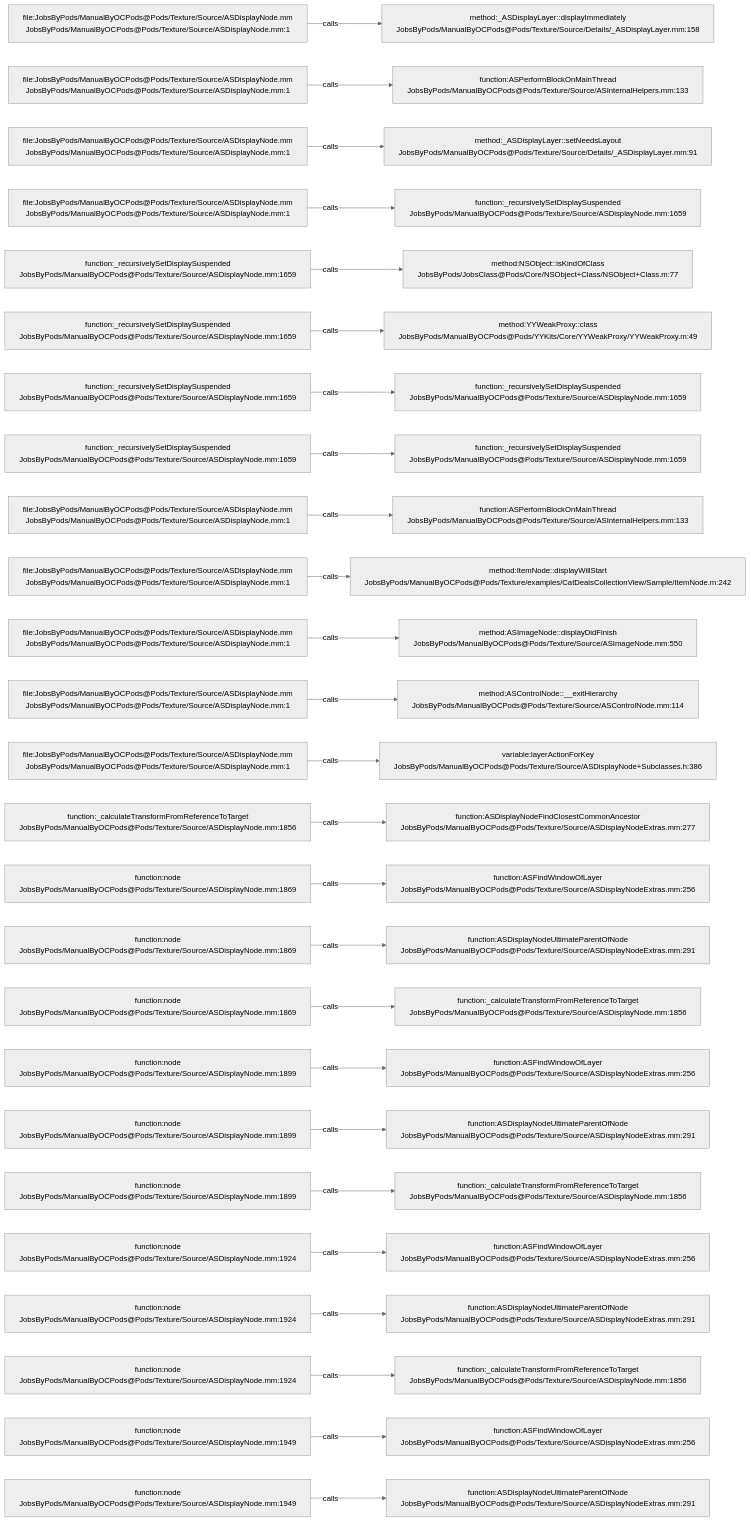
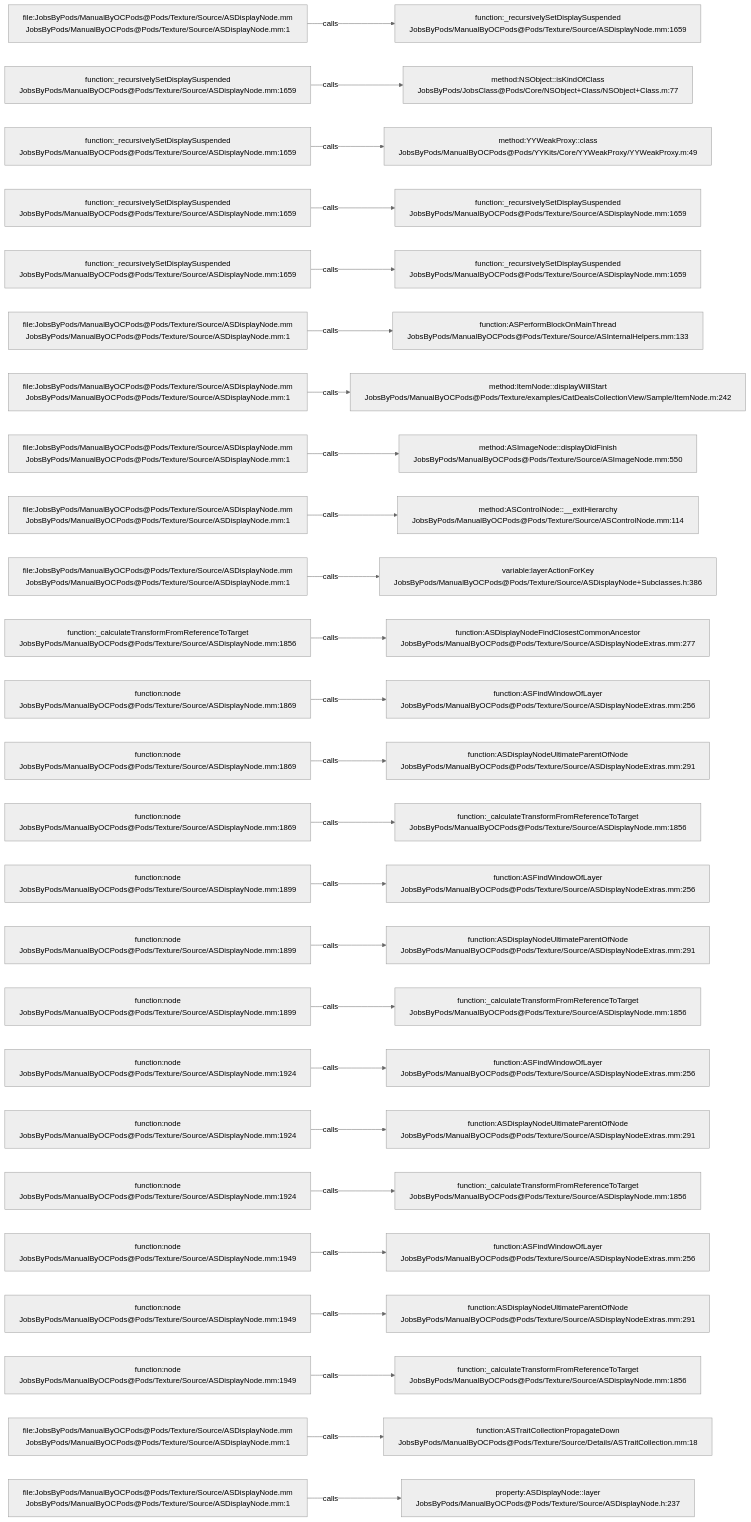
The diagram in .codegraph/codegraph.md/graphs/calls-102.md (JobsKits/JobsOCBaseConfigDemo), drawn with Mermaid (neutral theme) before and after one commit. The commit also changed 342 other files, not shown here.

````diff
--- a/.codegraph/codegraph.md/graphs/calls-102.md
+++ b/.codegraph/codegraph.md/graphs/calls-102.md
@@ -13,78 +13,78 @@
 ```mermaid
 flowchart LR
   S1["file:JobsByPods/ManualByOCPods@Pods/Texture/Source/ASDisplayNode.mm<br/>JobsByPods/ManualByOCPods@Pods/Texture/Source/ASDisplayNode.mm:1"]
-  T1["method:_ASDisplayLayer::displayImmediately<br/>JobsByPods/ManualByOCPods@Pods/Texture/Source/Details/_ASDisplayLayer.mm:158"]
+  T1["function:_recursivelySetDisplaySuspended<br/>JobsByPods/ManualByOCPods@Pods/Texture/Source/ASDisplayNode.mm:1659"]
   S1 -->|calls| T1
-  S2["file:JobsByPods/ManualByOCPods@Pods/Texture/Source/ASDisplayNode.mm<br/>JobsByPods/ManualByOCPods@Pods/Texture/Source/ASDisplayNode.mm:1"]
-  T2["function:ASPerformBlockOnMainThread<br/>JobsByPods/ManualByOCPods@Pods/Texture/Source/ASInternalHelpers.mm:133"]
+  S2["function:_recursivelySetDisplaySuspended<br/>JobsByPods/ManualByOCPods@Pods/Texture/Source/ASDisplayNode.mm:1659"]
+  T2["method:NSObject::isKindOfClass<br/>JobsByPods/JobsClass@Pods/Core/NSObject+Class/NSObject+Class.m:77"]
   S2 -->|calls| T2
-  S3["file:JobsByPods/ManualByOCPods@Pods/Texture/Source/ASDisplayNode.mm<br/>JobsByPods/ManualByOCPods@Pods/Texture/Source/ASDisplayNode.mm:1"]
-  T3["method:_ASDisplayLayer::setNeedsLayout<br/>JobsByPods/ManualByOCPods@Pods/Texture/Source/Details/_ASDisplayLayer.mm:91"]
+  S3["function:_recursivelySetDisplaySuspended<br/>JobsByPods/ManualByOCPods@Pods/Texture/Source/ASDisplayNode.mm:1659"]
+  T3["method:YYWeakProxy::class<br/>JobsByPods/ManualByOCPods@Pods/YYKits/Core/YYWeakProxy/YYWeakProxy.m:49"]
   S3 -->|calls| T3
-  S4["file:JobsByPods/ManualByOCPods@Pods/Texture/Source/ASDisplayNode.mm<br/>JobsByPods/ManualByOCPods@Pods/Texture/Source/ASDisplayNode.mm:1"]
+  S4["function:_recursivelySetDisplaySuspended<br/>JobsByPods/ManualByOCPods@Pods/Texture/Source/ASDisplayNode.mm:1659"]
   T4["function:_recursivelySetDisplaySuspended<br/>JobsByPods/ManualByOCPods@Pods/Texture/Source/ASDisplayNode.mm:1659"]
   S4 -->|calls| T4
   S5["function:_recursivelySetDisplaySuspended<br/>JobsByPods/ManualByOCPods@Pods/Texture/Source/ASDisplayNode.mm:1659"]
-  T5["method:NSObject::isKindOfClass<br/>JobsByPods/JobsClass@Pods/Core/NSObject+Class/NSObject+Class.m:77"]
+  T5["function:_recursivelySetDisplaySuspended<br/>JobsByPods/ManualByOCPods@Pods/Texture/Source/ASDisplayNode.mm:1659"]
   S5 -->|calls| T5
-  S6["function:_recursivelySetDisplaySuspended<br/>JobsByPods/ManualByOCPods@Pods/Texture/Source/ASDisplayNode.mm:1659"]
-  T6["method:YYWeakProxy::class<br/>JobsByPods/ManualByOCPods@Pods/YYKits/Core/YYWeakProxy/YYWeakProxy.m:49"]
+  S6["file:JobsByPods/ManualByOCPods@Pods/Texture/Source/ASDisplayNode.mm<br/>JobsByPods/ManualByOCPods@Pods/Texture/Source/ASDisplayNode.mm:1"]
+  T6["function:ASPerformBlockOnMainThread<br/>JobsByPods/ManualByOCPods@Pods/Texture/Source/ASInternalHelpers.mm:133"]
   S6 -->|calls| T6
-  S7["function:_recursivelySetDisplaySuspended<br/>JobsByPods/ManualByOCPods@Pods/Texture/Source/ASDisplayNode.mm:1659"]
-  T7["function:_recursivelySetDisplaySuspended<br/>JobsByPods/ManualByOCPods@Pods/Texture/Source/ASDisplayNode.mm:1659"]
+  S7["file:JobsByPods/ManualByOCPods@Pods/Texture/Source/ASDisplayNode.mm<br/>JobsByPods/ManualByOCPods@Pods/Texture/Source/ASDisplayNode.mm:1"]
+  T7["method:ItemNode::displayWillStart<br/>JobsByPods/ManualByOCPods@Pods/Texture/examples/CatDealsCollectionView/Sample/ItemNode.m:242"]
   S7 -->|calls| T7
-  S8["function:_recursivelySetDisplaySuspended<br/>JobsByPods/ManualByOCPods@Pods/Texture/Source/ASDisplayNode.mm:1659"]
-  T8["function:_recursivelySetDisplaySuspended<br/>JobsByPods/ManualByOCPods@Pods/Texture/Source/ASDisplayNode.mm:1659"]
+  S8["file:JobsByPods/ManualByOCPods@Pods/Texture/Source/ASDisplayNode.mm<br/>JobsByPods/ManualByOCPods@Pods/Texture/Source/ASDisplayNode.mm:1"]
+  T8["method:ASImageNode::displayDidFinish<br/>JobsByPods/ManualByOCPods@Pods/Texture/Source/ASImageNode.mm:550"]
   S8 -->|calls| T8
   S9["file:JobsByPods/ManualByOCPods@Pods/Texture/Source/ASDisplayNode.mm<br/>JobsByPods/ManualByOCPods@Pods/Texture/Source/ASDisplayNode.mm:1"]
-  T9["function:ASPerformBlockOnMainThread<br/>JobsByPods/ManualByOCPods@Pods/Texture/Source/ASInternalHelpers.mm:133"]
+  T9["method:ASControlNode::__exitHierarchy<br/>JobsByPods/ManualByOCPods@Pods/Texture/Source/ASControlNode.mm:114"]
   S9 -->|calls| T9
   S10["file:JobsByPods/ManualByOCPods@Pods/Texture/Source/ASDisplayNode.mm<br/>JobsByPods/ManualByOCPods@Pods/Texture/Source/ASDisplayNode.mm:1"]
-  T10["method:ItemNode::displayWillStart<br/>JobsByPods/ManualByOCPods@Pods/Texture/examples/CatDealsCollectionView/Sample/ItemNode.m:242"]
+  T10["variable:layerActionForKey<br/>JobsByPods/ManualByOCPods@Pods/Texture/Source/ASDisplayNode+Subclasses.h:386"]
   S10 -->|calls| T10
-  S11["file:JobsByPods/ManualByOCPods@Pods/Texture/Source/ASDisplayNode.mm<br/>JobsByPods/ManualByOCPods@Pods/Texture/Source/ASDisplayNode.mm:1"]
-  T11["method:ASImageNode::displayDidFinish<br/>JobsByPods/ManualByOCPods@Pods/Texture/Source/ASImageNode.mm:550"]
+  S11["function:_calculateTransformFromReferenceToTarget<br/>JobsByPods/ManualByOCPods@Pods/Texture/Source/ASDisplayNode.mm:1856"]
+  T11["function:ASDisplayNodeFindClosestCommonAncestor<br/>JobsByPods/ManualByOCPods@Pods/Texture/Source/ASDisplayNodeExtras.mm:277"]
   S11 -->|calls| T11
-  S12["file:JobsByPods/ManualByOCPods@Pods/Texture/Source/ASDisplayNode.mm<br/>JobsByPods/ManualByOCPods@Pods/Texture/Source/ASDisplayNode.mm:1"]
-  T12["method:ASControlNode::__exitHierarchy<br/>JobsByPods/ManualByOCPods@Pods/Texture/Source/ASControlNode.mm:114"]
+  S12["function:node<br/>JobsByPods/ManualByOCPods@Pods/Texture/Source/ASDisplayNode.mm:1869"]
+  T12["function:ASFindWindowOfLayer<br/>JobsByPods/ManualByOCPods@Pods/Texture/Source/ASDisplayNodeExtras.mm:256"]
   S12 -->|calls| T12
-  S13["file:JobsByPods/ManualByOCPods@Pods/Texture/Source/ASDisplayNode.mm<br/>JobsByPods/ManualByOCPods@Pods/Texture/Source/ASDisplayNode.mm:1"]
-  T13["variable:layerActionForKey<br/>JobsByPods/ManualByOCPods@Pods/Texture/Source/ASDisplayNode+Subclasses.h:386"]
+  S13["function:node<br/>JobsByPods/ManualByOCPods@Pods/Texture/Source/ASDisplayNode.mm:1869"]
+  T13["function:ASDisplayNodeUltimateParentOfNode<br/>JobsByPods/ManualByOCPods@Pods/Texture/Source/ASDisplayNodeExtras.mm:291"]
   S13 -->|calls| T13
-  S14["function:_calculateTransformFromReferenceToTarget<br/>JobsByPods/ManualByOCPods@Pods/Texture/Source/ASDisplayNode.mm:1856"]
-  T14["function:ASDisplayNodeFindClosestCommonAncestor<br/>JobsByPods/ManualByOCPods@Pods/Texture/Source/ASDisplayNodeExtras.mm:277"]
+  S14["function:node<br/>JobsByPods/ManualByOCPods@Pods/Texture/Source/ASDisplayNode.mm:1869"]
+  T14["function:_calculateTransformFromReferenceToTarget<br/>JobsByPods/ManualByOCPods@Pods/Texture/Source/ASDisplayNode.mm:1856"]
   S14 -->|calls| T14
-  S15["function:node<br/>JobsByPods/ManualByOCPods@Pods/Texture/Source/ASDisplayNode.mm:1869"]
+  S15["function:node<br/>JobsByPods/ManualByOCPods@Pods/Texture/Source/ASDisplayNode.mm:1899"]
   T15["function:ASFindWindowOfLayer<br/>JobsByPods/ManualByOCPods@Pods/Texture/Source/ASDisplayNodeExtras.mm:256"]
   S15 -->|calls| T15
-  S16["function:node<br/>JobsByPods/ManualByOCPods@Pods/Texture/Source/ASDisplayNode.mm:1869"]
+  S16["function:node<br/>JobsByPods/ManualByOCPods@Pods/Texture/Source/ASDisplayNode.mm:1899"]
   T16["function:ASDisplayNodeUltimateParentOfNode<br/>JobsByPods/ManualByOCPods@Pods/Texture/Source/ASDisplayNodeExtras.mm:291"]
   S16 -->|calls| T16
-  S17["function:node<br/>JobsByPods/ManualByOCPods@Pods/Texture/Source/ASDisplayNode.mm:1869"]
+  S17["function:node<br/>JobsByPods/ManualByOCPods@Pods/Texture/Source/ASDisplayNode.mm:1899"]
   T17["function:_calculateTransformFromReferenceToTarget<br/>JobsByPods/ManualByOCPods@Pods/Texture/Source/ASDisplayNode.mm:1856"]
   S17 -->|calls| T17
-  S18["function:node<br/>JobsByPods/ManualByOCPods@Pods/Texture/Source/ASDisplayNode.mm:1899"]
+  S18["function:node<br/>JobsByPods/ManualByOCPods@Pods/Texture/Source/ASDisplayNode.mm:1924"]
   T18["function:ASFindWindowOfLayer<br/>JobsByPods/ManualByOCPods@Pods/Texture/Source/ASDisplayNodeExtras.mm:256"]
   S18 -->|calls| T18
-  S19["function:node<br/>JobsByPods/ManualByOCPods@Pods/Texture/Source/ASDisplayNode.mm:1899"]
+  S19["function:node<br/>JobsByPods/ManualByOCPods@Pods/Texture/Source/ASDisplayNode.mm:1924"]
   T19["function:ASDisplayNodeUltimateParentOfNode<br/>JobsByPods/ManualByOCPods@Pods/Texture/Source/ASDisplayNodeExtras.mm:291"]
   S19 -->|calls| T19
-  S20["function:node<br/>JobsByPods/ManualByOCPods@Pods/Texture/Source/ASDisplayNode.mm:1899"]
+  S20["function:node<br/>JobsByPods/ManualByOCPods@Pods/Texture/Source/ASDisplayNode.mm:1924"]
   T20["function:_calculateTransformFromReferenceToTarget<br/>JobsByPods/ManualByOCPods@Pods/Texture/Source/ASDisplayNode.mm:1856"]
   S20 -->|calls| T20
-  S21["function:node<br/>JobsByPods/ManualByOCPods@Pods/Texture/Source/ASDisplayNode.mm:1924"]
+  S21["function:node<br/>JobsByPods/ManualByOCPods@Pods/Texture/Source/ASDisplayNode.mm:1949"]
   T21["function:ASFindWindowOfLayer<br/>JobsByPods/ManualByOCPods@Pods/Texture/Source/ASDisplayNodeExtras.mm:256"]
   S21 -->|calls| T21
-  S22["function:node<br/>JobsByPods/ManualByOCPods@Pods/Texture/Source/ASDisplayNode.mm:1924"]
+  S22["function:node<br/>JobsByPods/ManualByOCPods@Pods/Texture/Source/ASDisplayNode.mm:1949"]
   T22["function:ASDisplayNodeUltimateParentOfNode<br/>JobsByPods/ManualByOCPods@Pods/Texture/Source/ASDisplayNodeExtras.mm:291"]
   S22 -->|calls| T22
-  S23["function:node<br/>JobsByPods/ManualByOCPods@Pods/Texture/Source/ASDisplayNode.mm:1924"]
+  S23["function:node<br/>JobsByPods/ManualByOCPods@Pods/Texture/Source/ASDisplayNode.mm:1949"]
   T23["function:_calculateTransformFromReferenceToTarget<br/>JobsByPods/ManualByOCPods@Pods/Texture/Source/ASDisplayNode.mm:1856"]
   S23 -->|calls| T23
-  S24["function:node<br/>JobsByPods/ManualByOCPods@Pods/Texture/Source/ASDisplayNode.mm:1949"]
-  T24["function:ASFindWindowOfLayer<br/>JobsByPods/ManualByOCPods@Pods/Texture/Source/ASDisplayNodeExtras.mm:256"]
+  S24["file:JobsByPods/ManualByOCPods@Pods/Texture/Source/ASDisplayNode.mm<br/>JobsByPods/ManualByOCPods@Pods/Texture/Source/ASDisplayNode.mm:1"]
+  T24["function:ASTraitCollectionPropagateDown<br/>JobsByPods/ManualByOCPods@Pods/Texture/Source/Details/ASTraitCollection.mm:18"]
   S24 -->|calls| T24
-  S25["function:node<br/>JobsByPods/ManualByOCPods@Pods/Texture/Source/ASDisplayNode.mm:1949"]
-  T25["function:ASDisplayNodeUltimateParentOfNode<br/>JobsByPods/ManualByOCPods@Pods/Texture/Source/ASDisplayNodeExtras.mm:291"]
+  S25["file:JobsByPods/ManualByOCPods@Pods/Texture/Source/ASDisplayNode.mm<br/>JobsByPods/ManualByOCPods@Pods/Texture/Source/ASDisplayNode.mm:1"]
+  T25["property:ASDisplayNode::layer<br/>JobsByPods/ManualByOCPods@Pods/Texture/Source/ASDisplayNode.h:237"]
   S25 -->|calls| T25
 ```
````
